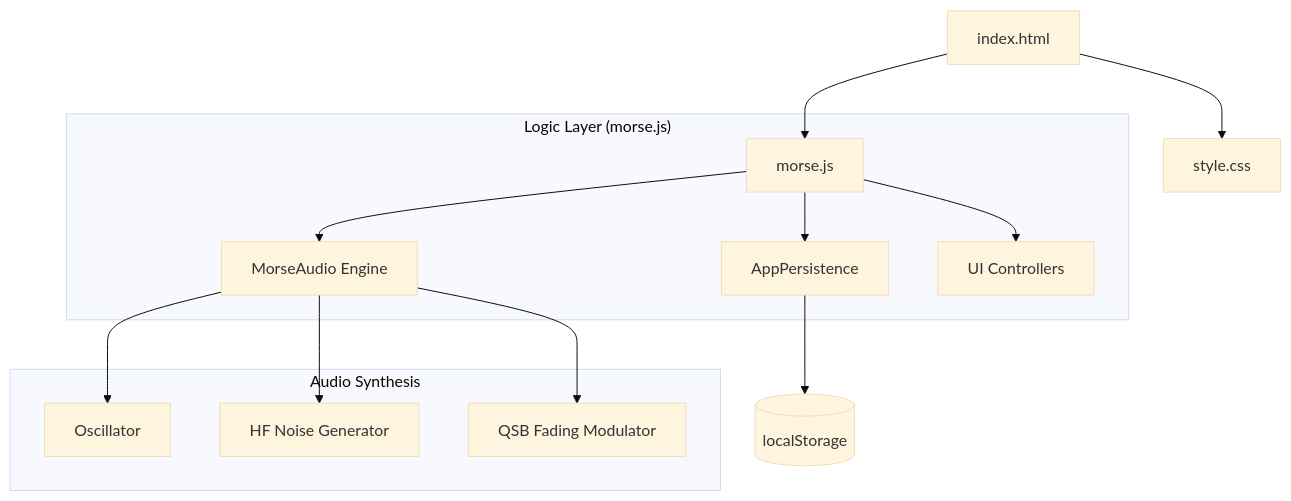
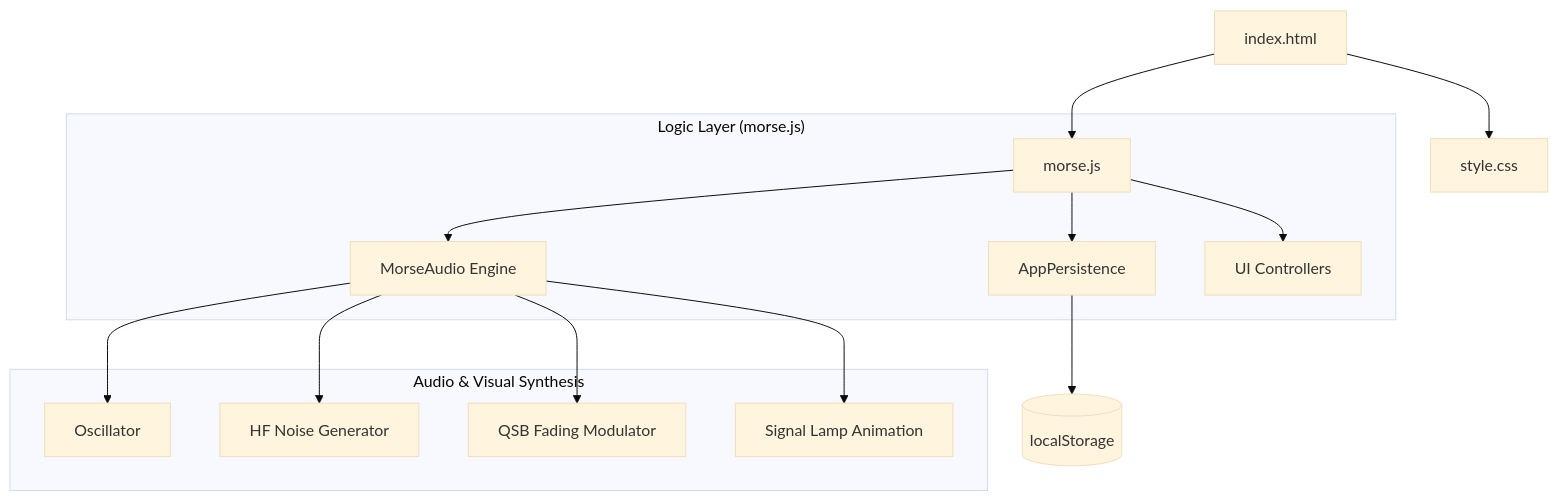
One commit to 9M2PJU/9M2PJU-Morse-Code-Trainer changed the first of 2 diagrams in README.md. Above: the diagram before and after it, drawn with Mermaid (base theme). The commit also changed other lines of this file and 4 other files, not shown here.

````diff
--- a/README.md
+++ b/README.md
@@ -14,19 +14,20 @@
 ```mermaid
 graph TD
     A[index.html] --> B[style.css]
     A --> C[morse.js]
     
     subgraph "Logic Layer (morse.js)"
         C --> D[MorseAudio Engine]
         C --> E[AppPersistence]
         C --> F[UI Controllers]
     end
     
-    subgraph "Audio Synthesis"
+    subgraph "Audio & Visual Synthesis"
         D --> G[Oscillator]
         D --> H[HF Noise Generator]
         D --> I[QSB Fading Modulator]
+        D --> K[Signal Lamp Animation]
     end
     
     E --> J[(localStorage)]
 ```
````
